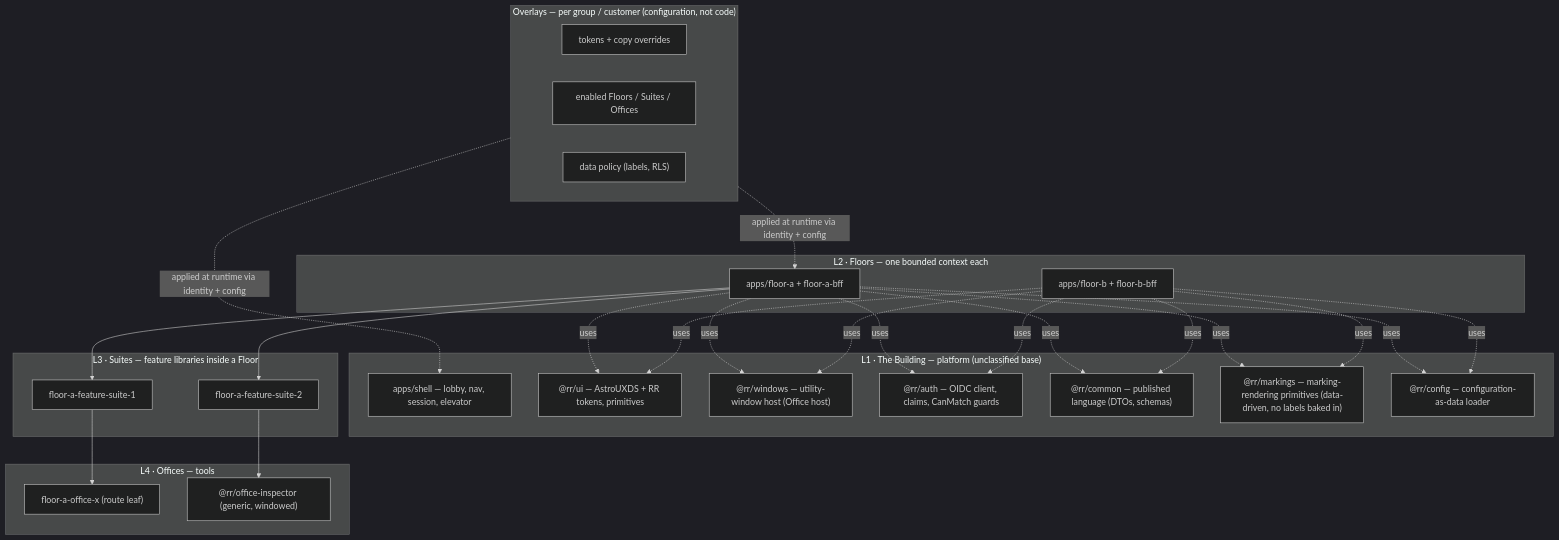
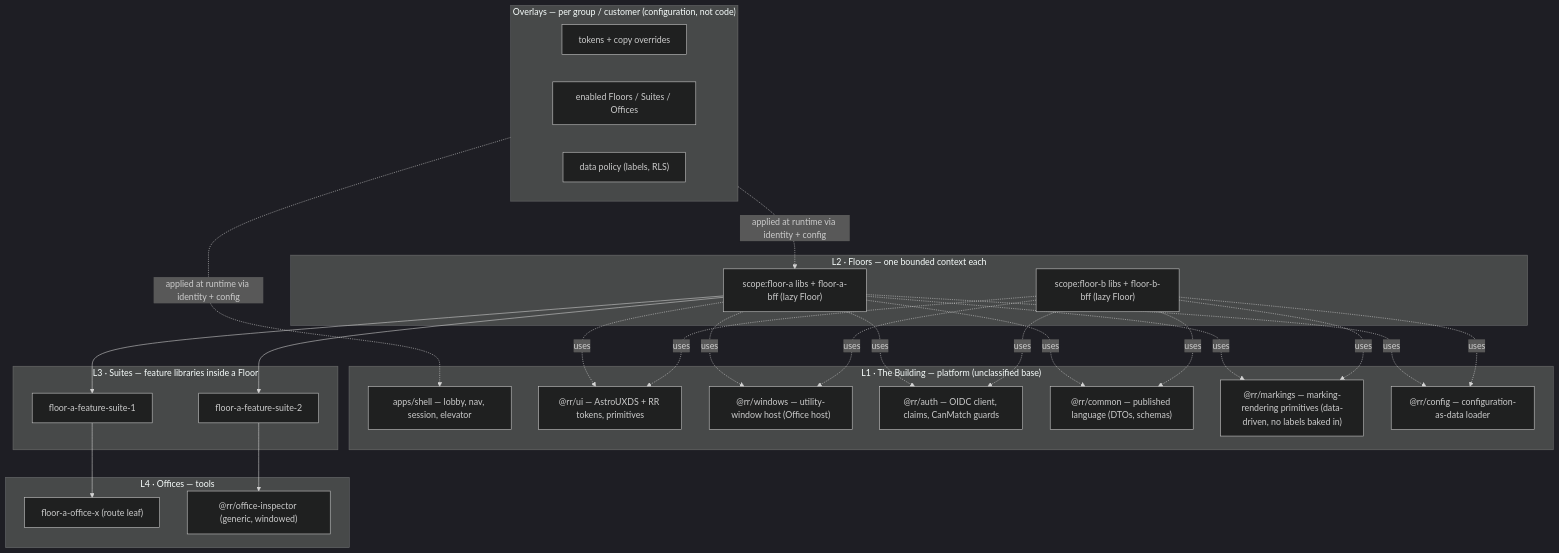
The diagram in docs/design/packets/ddd-arch-01-design-packet/tier_model_exploration_v0.md (gstookey/rr), drawn with Mermaid (dark theme) before and after one commit. The commit also changed other lines of this file and 7 other files, not shown here.

First line of the commit message:
DDD-ARCH-01: open the Desert Island architecture packet + context closeout

````diff
--- a/docs/design/packets/ddd-arch-01-design-packet/tier_model_exploration_v0.md
+++ b/docs/design/packets/ddd-arch-01-design-packet/tier_model_exploration_v0.md
@@ -46,36 +46,36 @@
 ```mermaid
 flowchart TB
   subgraph L1["L1 · The Building — platform (unclassified base)"]
     shell["apps/shell — lobby, nav, session, elevator"]
     ui["@rr/ui — AstroUXDS + RR tokens, primitives"]
     win["@rr/windows — utility-window host (Office host)"]
     auth["@rr/auth — OIDC client, claims, CanMatch guards"]
     common["@rr/common — published language (DTOs, schemas)"]
     mark["@rr/markings — marking-rendering primitives (data-driven, no labels baked in)"]
     cfg["@rr/config — configuration-as-data loader"]
   end
   subgraph L2["L2 · Floors — one bounded context each"]
-    fa["apps/floor-a + floor-a-bff"]
-    fb["apps/floor-b + floor-b-bff"]
+    fa["scope:floor-a libs + floor-a-bff (lazy Floor)"]
+    fb["scope:floor-b libs + floor-b-bff (lazy Floor)"]
   end
   subgraph L3["L3 · Suites — feature libraries inside a Floor"]
     s1["floor-a-feature-suite-1"]
     s2["floor-a-feature-suite-2"]
   end
   subgraph L4["L4 · Offices — tools"]
     o1["floor-a-office-x (route leaf)"]
     o2["@rr/office-inspector (generic, windowed)"]
   end
   subgraph OV["Overlays — per group / customer (configuration, not code)"]
     t1["tokens + copy overrides"]
     t2["enabled Floors / Suites / Offices"]
     t3["data policy (labels, RLS)"]
   end
   fa --> s1 --> o1
   fa --> s2
   s2 --> o2
   fa -.uses.-> ui & win & auth & common & mark & cfg
   fb -.uses.-> ui & win & auth & common & mark & cfg
   OV -.applied at runtime via identity + config.-> shell
   OV -.applied at runtime via identity + config.-> fa
 ```
````
